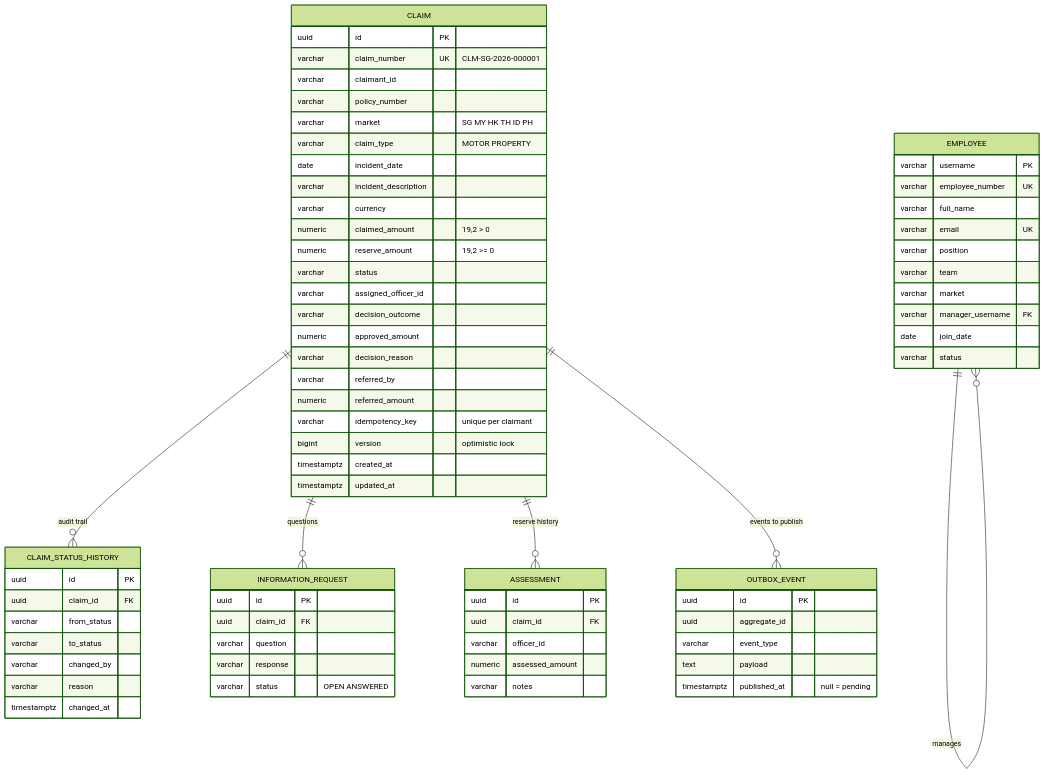
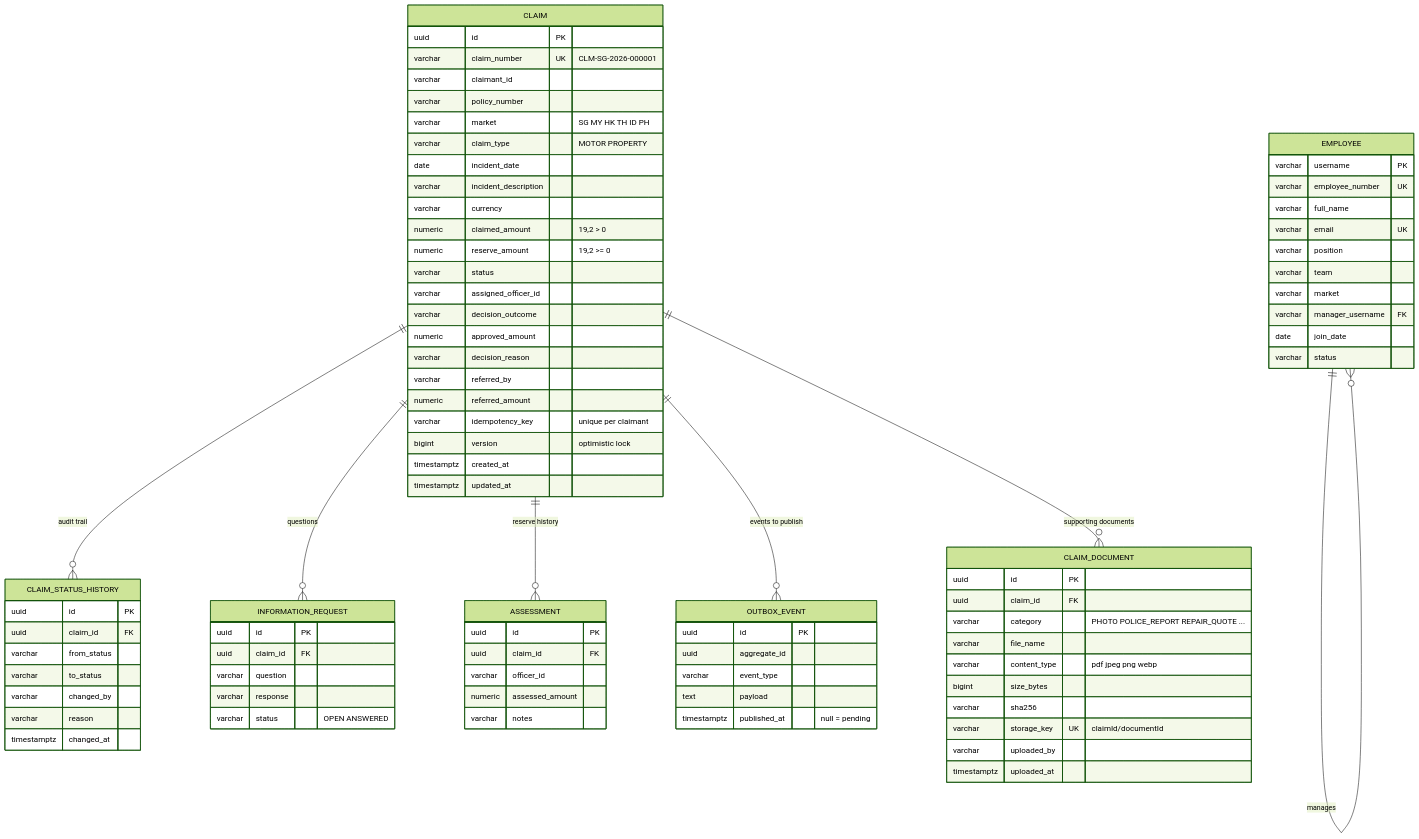
Before and after one commit to heikaliskandar/chubb-claims-platform: the diagram in docs/features/data-model.md, drawn with Mermaid (forest theme). The commit also changed other lines of this file and 66 other files, not shown here.

```diff
--- a/docs/features/data-model.md
+++ b/docs/features/data-model.md
@@ -10,6 +10,7 @@
     CLAIM ||--o{ INFORMATION_REQUEST : "questions"
     CLAIM ||--o{ ASSESSMENT : "reserve history"
     CLAIM ||--o{ OUTBOX_EVENT : "events to publish"
+    CLAIM ||--o{ CLAIM_DOCUMENT : "supporting documents"
     EMPLOYEE ||--o{ EMPLOYEE : "manages"
 
     CLAIM {
@@ -66,6 +67,18 @@
         text payload
         timestamptz published_at "null = pending"
     }
+    CLAIM_DOCUMENT {
+        uuid id PK
+        uuid claim_id FK
+        varchar category "PHOTO POLICE_REPORT REPAIR_QUOTE ..."
+        varchar file_name
+        varchar content_type "pdf jpeg png webp"
+        bigint size_bytes
+        varchar sha256
+        varchar storage_key UK "claimId/documentId"
+        varchar uploaded_by
+        timestamptz uploaded_at
+    }
     EMPLOYEE {
         varchar username PK
         varchar employee_number UK
```
